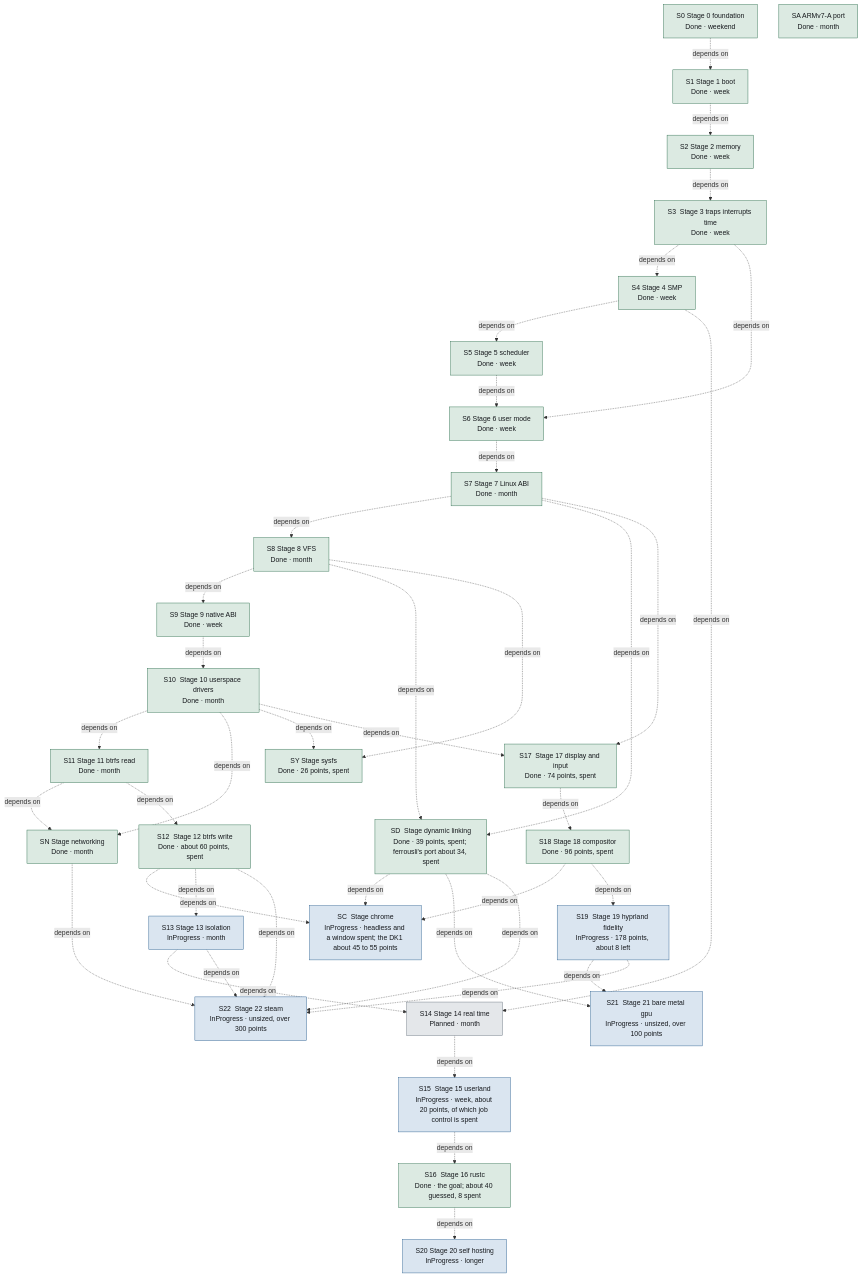
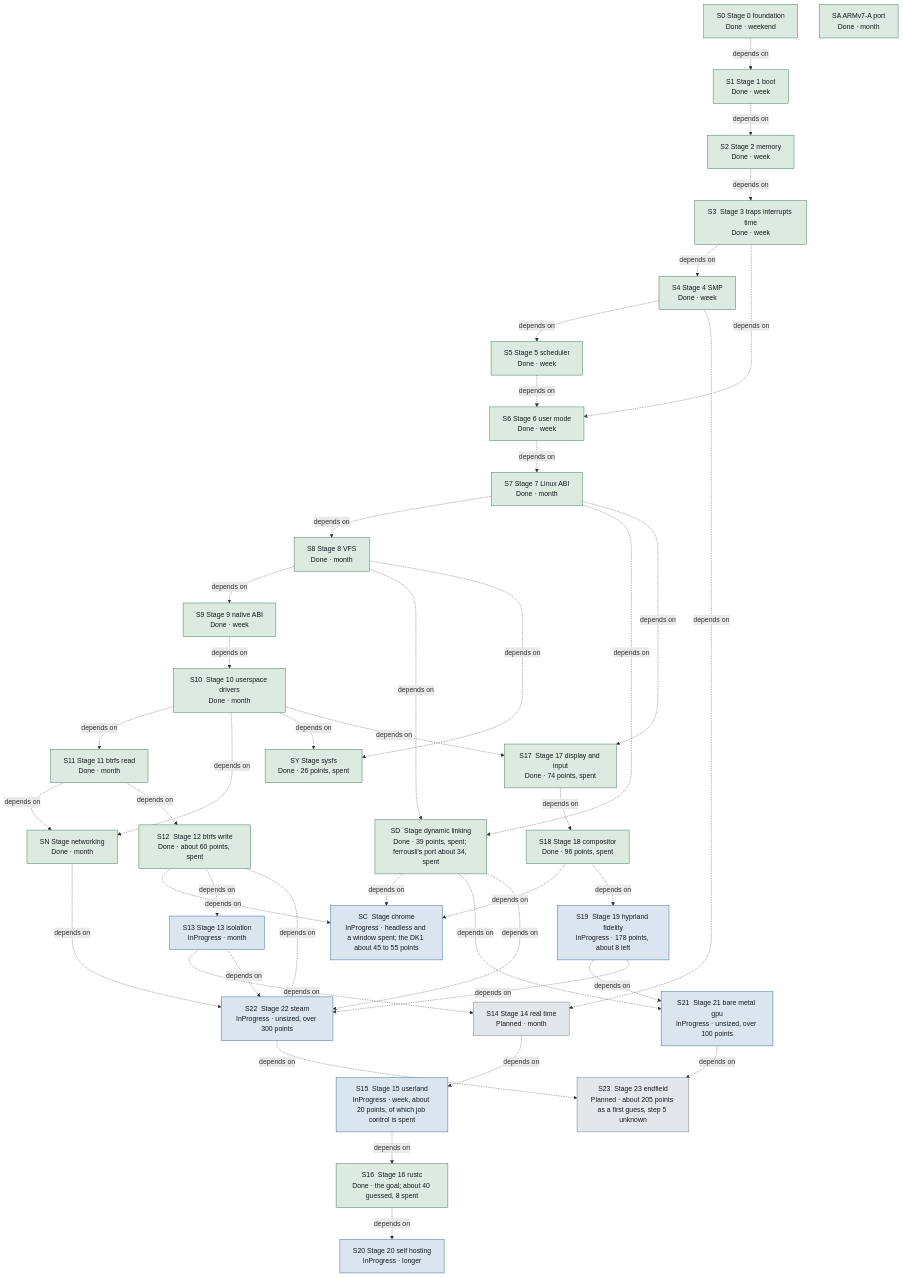
One commit to ferrix-os/ferrix changed diagram 17 of 20 in docs/generated/ARCHITECTURE.md. Above: the diagram before and after it, drawn with Mermaid. The commit also changed other lines of this file and 13 other files, not shown here.

First line of the commit message:
Roadmap: stage 23, Arknights: Endfield through Wine with DXVK on NVIDIA's Vulkan

````diff
--- a/docs/generated/ARCHITECTURE.md
+++ b/docs/generated/ARCHITECTURE.md
@@ -3011,76 +3012,79 @@
 ```mermaid
 flowchart TB
   n0_FerrixRoadmap_stage0Foundation["S0  Stage 0 foundation<br>Done · weekend"]
   n1_FerrixRoadmap_stage1Boot["S1  Stage 1 boot<br>Done · week"]
   n2_FerrixRoadmap_stage2Memory["S2  Stage 2 memory<br>Done · week"]
   n3_FerrixRoadmap_stage3TrapsInterruptsTime["S3  Stage 3 traps interrupts time<br>Done · week"]
   n4_FerrixRoadmap_stage4Smp["S4  Stage 4 SMP<br>Done · week"]
   n5_FerrixRoadmap_armv7aPort["SA  ARMv7-A port<br>Done · month"]
   n6_FerrixRoadmap_stage5Scheduler["S5  Stage 5 scheduler<br>Done · week"]
   n7_FerrixRoadmap_stage6UserMode["S6  Stage 6 user mode<br>Done · week"]
   n8_FerrixRoadmap_stage7LinuxAbi["S7  Stage 7 Linux ABI<br>Done · month"]
   n9_FerrixRoadmap_stage8Vfs["S8  Stage 8 VFS<br>Done · month"]
   n10_FerrixRoadmap_stage9NativeAbi["S9  Stage 9 native ABI<br>Done · week"]
   n11_FerrixRoadmap_stage10UserspaceDrivers["S10  Stage 10 userspace drivers<br>Done · month"]
   n12_FerrixRoadmap_stage11BtrfsRead["S11  Stage 11 btrfs read<br>Done · month"]
   n13_FerrixRoadmap_stageNetworking["SN  Stage networking<br>Done · month"]
   n14_FerrixRoadmap_stageDynamicLinking["SD  Stage dynamic linking<br>Done · 39 points, spent; ferrousli's port about 34, spent"]
   n15_FerrixRoadmap_stageSysfs["SY  Stage sysfs<br>Done · 26 points, spent"]
   n16_FerrixRoadmap_stageChrome["SC  Stage chrome<br>InProgress · headless and a window spent; the DK1 about 45 to 55 points"]
   n17_FerrixRoadmap_stage12BtrfsWrite["S12  Stage 12 btrfs write<br>Done · about 60 points, spent"]
   n18_FerrixRoadmap_stage13Isolation["S13  Stage 13 isolation<br>InProgress · month"]
   n19_FerrixRoadmap_stage14RealTime["S14  Stage 14 real time<br>Planned · month"]
   n20_FerrixRoadmap_stage15Userland["S15  Stage 15 userland<br>InProgress · week, about 20 points, of which job control is spent"]
   n21_FerrixRoadmap_stage16Rustc["S16  Stage 16 rustc<br>Done · the goal; about 40 guessed, 8 spent"]
   n22_FerrixRoadmap_stage17DisplayAndInput["S17  Stage 17 display and input<br>Done · 74 points, spent"]
   n23_FerrixRoadmap_stage18Compositor["S18  Stage 18 compositor<br>Done · 96 points, spent"]
   n24_FerrixRoadmap_stage19HyprlandFidelity["S19  Stage 19 hyprland fidelity<br>InProgress · 178 points, about 8 left"]
   n25_FerrixRoadmap_stage21BareMetalGpu["S21  Stage 21 bare metal gpu<br>InProgress · unsized, over 100 points"]
   n26_FerrixRoadmap_stage22Steam["S22  Stage 22 steam<br>InProgress · unsized, over 300 points"]
-  n27_FerrixRoadmap_stage20SelfHosting["S20  Stage 20 self hosting<br>InProgress · longer"]
+  n27_FerrixRoadmap_stage23Endfield["S23  Stage 23 endfield<br>Planned · about 205 points as a first guess, step 5 unknown"]
+  n28_FerrixRoadmap_stage20SelfHosting["S20  Stage 20 self hosting<br>InProgress · longer"]
   n0_FerrixRoadmap_stage0Foundation -. "depends on" .-> n1_FerrixRoadmap_stage1Boot
   n1_FerrixRoadmap_stage1Boot -. "depends on" .-> n2_FerrixRoadmap_stage2Memory
   n2_FerrixRoadmap_stage2Memory -. "depends on" .-> n3_FerrixRoadmap_stage3TrapsInterruptsTime
   n3_FerrixRoadmap_stage3TrapsInterruptsTime -. "depends on" .-> n4_FerrixRoadmap_stage4Smp
   n4_FerrixRoadmap_stage4Smp -. "depends on" .-> n6_FerrixRoadmap_stage5Scheduler
   n6_FerrixRoadmap_stage5Scheduler -. "depends on" .-> n7_FerrixRoadmap_stage6UserMode
   n3_FerrixRoadmap_stage3TrapsInterruptsTime -. "depends on" .-> n7_FerrixRoadmap_stage6UserMode
   n7_FerrixRoadmap_stage6UserMode -. "depends on" .-> n8_FerrixRoadmap_stage7LinuxAbi
   n8_FerrixRoadmap_stage7LinuxAbi -. "depends on" .-> n9_FerrixRoadmap_stage8Vfs
   n9_FerrixRoadmap_stage8Vfs -. "depends on" .-> n10_FerrixRoadmap_stage9NativeAbi
   n10_FerrixRoadmap_stage9NativeAbi -. "depends on" .-> n11_FerrixRoadmap_stage10UserspaceDrivers
   n11_FerrixRoadmap_stage10UserspaceDrivers -. "depends on" .-> n12_FerrixRoadmap_stage11BtrfsRead
   n12_FerrixRoadmap_stage11BtrfsRead -. "depends on" .-> n13_FerrixRoadmap_stageNetworking
   n11_FerrixRoadmap_stage10UserspaceDrivers -. "depends on" .-> n13_FerrixRoadmap_stageNetworking
   n9_FerrixRoadmap_stage8Vfs -. "depends on" .-> n14_FerrixRoadmap_stageDynamicLinking
   n8_FerrixRoadmap_stage7LinuxAbi -. "depends on" .-> n14_FerrixRoadmap_stageDynamicLinking
   n9_FerrixRoadmap_stage8Vfs -. "depends on" .-> n15_FerrixRoadmap_stageSysfs
   n11_FerrixRoadmap_stage10UserspaceDrivers -. "depends on" .-> n15_FerrixRoadmap_stageSysfs
   n14_FerrixRoadmap_stageDynamicLinking -. "depends on" .-> n16_FerrixRoadmap_stageChrome
   n17_FerrixRoadmap_stage12BtrfsWrite -. "depends on" .-> n16_FerrixRoadmap_stageChrome
   n23_FerrixRoadmap_stage18Compositor -. "depends on" .-> n16_FerrixRoadmap_stageChrome
   n12_FerrixRoadmap_stage11BtrfsRead -. "depends on" .-> n17_FerrixRoadmap_stage12BtrfsWrite
   n17_FerrixRoadmap_stage12BtrfsWrite -. "depends on" .-> n18_FerrixRoadmap_stage13Isolation
   n18_FerrixRoadmap_stage13Isolation -. "depends on" .-> n19_FerrixRoadmap_stage14RealTime
   n4_FerrixRoadmap_stage4Smp -. "depends on" .-> n19_FerrixRoadmap_stage14RealTime
   n19_FerrixRoadmap_stage14RealTime -. "depends on" .-> n20_FerrixRoadmap_stage15Userland
   n20_FerrixRoadmap_stage15Userland -. "depends on" .-> n21_FerrixRoadmap_stage16Rustc
   n11_FerrixRoadmap_stage10UserspaceDrivers -. "depends on" .-> n22_FerrixRoadmap_stage17DisplayAndInput
   n8_FerrixRoadmap_stage7LinuxAbi -. "depends on" .-> n22_FerrixRoadmap_stage17DisplayAndInput
   n22_FerrixRoadmap_stage17DisplayAndInput -. "depends on" .-> n23_FerrixRoadmap_stage18Compositor
   n23_FerrixRoadmap_stage18Compositor -. "depends on" .-> n24_FerrixRoadmap_stage19HyprlandFidelity
-  n21_FerrixRoadmap_stage16Rustc -. "depends on" .-> n27_FerrixRoadmap_stage20SelfHosting
+  n21_FerrixRoadmap_stage16Rustc -. "depends on" .-> n28_FerrixRoadmap_stage20SelfHosting
   n24_FerrixRoadmap_stage19HyprlandFidelity -. "depends on" .-> n25_FerrixRoadmap_stage21BareMetalGpu
   n14_FerrixRoadmap_stageDynamicLinking -. "depends on" .-> n25_FerrixRoadmap_stage21BareMetalGpu
   n24_FerrixRoadmap_stage19HyprlandFidelity -. "depends on" .-> n26_FerrixRoadmap_stage22Steam
   n14_FerrixRoadmap_stageDynamicLinking -. "depends on" .-> n26_FerrixRoadmap_stage22Steam
   n17_FerrixRoadmap_stage12BtrfsWrite -. "depends on" .-> n26_FerrixRoadmap_stage22Steam
   n18_FerrixRoadmap_stage13Isolation -. "depends on" .-> n26_FerrixRoadmap_stage22Steam
   n13_FerrixRoadmap_stageNetworking -. "depends on" .-> n26_FerrixRoadmap_stage22Steam
+  n26_FerrixRoadmap_stage22Steam -. "depends on" .-> n27_FerrixRoadmap_stage23Endfield
+  n25_FerrixRoadmap_stage21BareMetalGpu -. "depends on" .-> n27_FerrixRoadmap_stage23Endfield
   classDef implemented fill:#dceae2,stroke:#2c6e4e,color:#16191d
   classDef inProgress fill:#dae5f0,stroke:#2a5f8f,color:#16191d
   classDef planned fill:#e4e7ea,stroke:#6a737e,color:#16191d
   class n0_FerrixRoadmap_stage0Foundation,n1_FerrixRoadmap_stage1Boot,n2_FerrixRoadmap_stage2Memory,n3_FerrixRoadmap_stage3TrapsInterruptsTime,n4_FerrixRoadmap_stage4Smp,n5_FerrixRoadmap_armv7aPort,n6_FerrixRoadmap_stage5Scheduler,n7_FerrixRoadmap_stage6UserMode,n8_FerrixRoadmap_stage7LinuxAbi,n9_FerrixRoadmap_stage8Vfs,n10_FerrixRoadmap_stage9NativeAbi,n11_FerrixRoadmap_stage10UserspaceDrivers,n12_FerrixRoadmap_stage11BtrfsRead,n13_FerrixRoadmap_stageNetworking,n14_FerrixRoadmap_stageDynamicLinking,n15_FerrixRoadmap_stageSysfs,n17_FerrixRoadmap_stage12BtrfsWrite,n21_FerrixRoadmap_stage16Rustc,n22_FerrixRoadmap_stage17DisplayAndInput,n23_FerrixRoadmap_stage18Compositor implemented
-  class n16_FerrixRoadmap_stageChrome,n18_FerrixRoadmap_stage13Isolation,n20_FerrixRoadmap_stage15Userland,n24_FerrixRoadmap_stage19HyprlandFidelity,n25_FerrixRoadmap_stage21BareMetalGpu,n26_FerrixRoadmap_stage22Steam,n27_FerrixRoadmap_stage20SelfHosting inProgress
-  class n19_FerrixRoadmap_stage14RealTime planned
+  class n16_FerrixRoadmap_stageChrome,n18_FerrixRoadmap_stage13Isolation,n20_FerrixRoadmap_stage15Userland,n24_FerrixRoadmap_stage19HyprlandFidelity,n25_FerrixRoadmap_stage21BareMetalGpu,n26_FerrixRoadmap_stage22Steam,n28_FerrixRoadmap_stage20SelfHosting inProgress
+  class n19_FerrixRoadmap_stage14RealTime,n27_FerrixRoadmap_stage23Endfield planned
 ```
````
